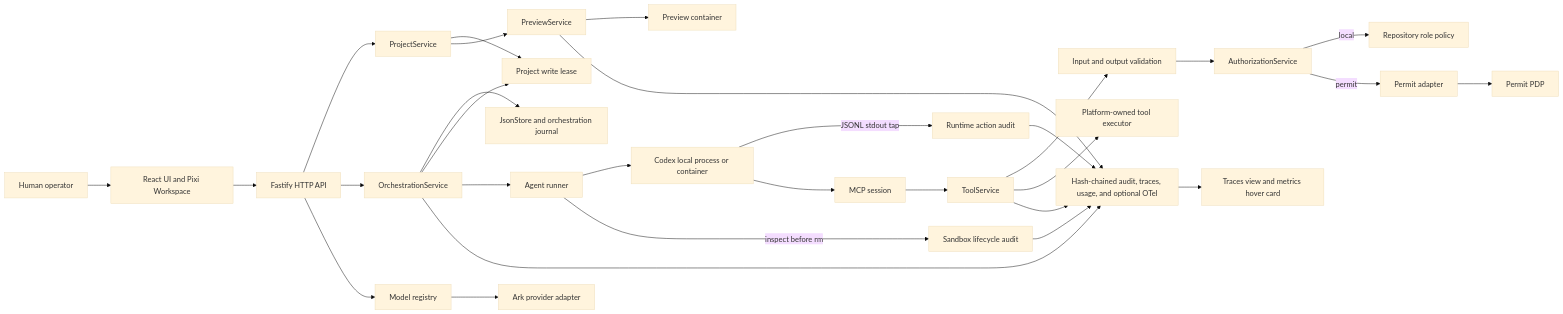
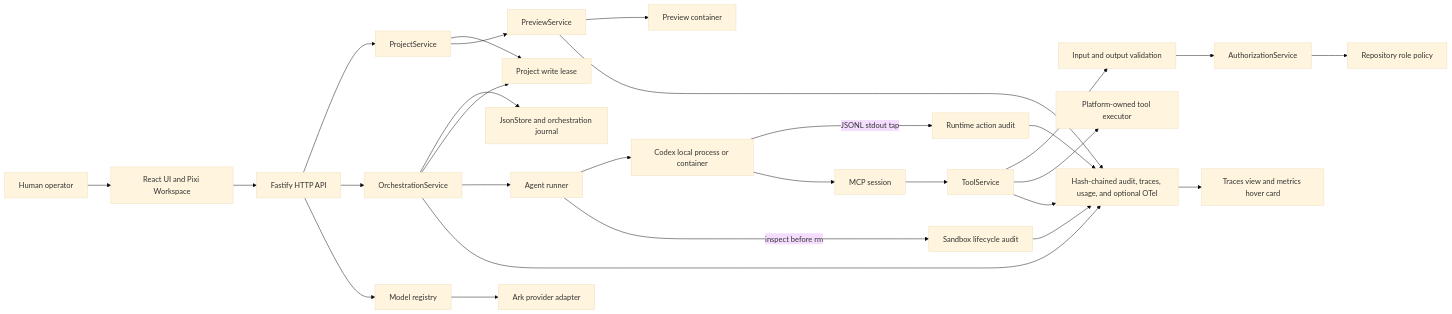
Before and after one commit to TheMajoris/liuqitechjam: the first of 2 diagrams in README.md, drawn with Mermaid (base theme). The commit also changed other lines of this file and 103 other files, not shown here.

````diff
--- a/README.md
+++ b/README.md
@@ -254,32 +238,30 @@
 ```mermaid
 flowchart LR
     H[Human operator] --> UI[React UI and Pixi Workspace]
     UI --> API[Fastify HTTP API]
     API --> P[ProjectService]
     API --> O[OrchestrationService]
     O --> J[JsonStore and orchestration journal]
     O --> L[Project write lease]
     P --> L
     O --> R[Agent runner]
     R --> C[Codex local process or container]
     C -->|JSONL stdout tap| RA[Runtime action audit]
     R -->|inspect before rm| SA[Sandbox lifecycle audit]
     C --> M[MCP session]
     M --> T[ToolService]
     T --> V[Input and output validation]
     V --> A[AuthorizationService]
-    A -->|local| RP[Repository role policy]
-    A -->|permit| PA[Permit adapter]
-    PA --> PDP[Permit PDP]
+    A --> RP[Repository role policy]
     T --> E[Platform-owned tool executor]
     P --> PV[PreviewService]
     PV --> PC[Preview container]
     O --> OBS[Hash-chained audit, traces, usage, and optional OTel]
     RA --> OBS
     SA --> OBS
     T --> OBS
     PV --> OBS
     OBS --> TV[Traces view and metrics hover card]
     API --> MR[Model registry]
     MR --> ARK[Ark provider adapter]
 ```
````
